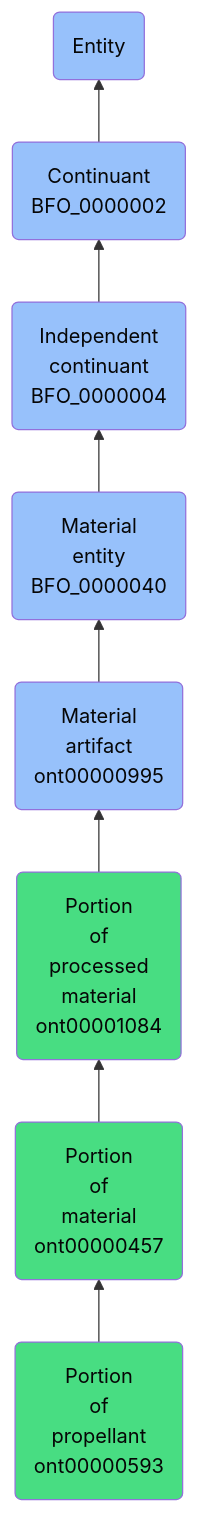
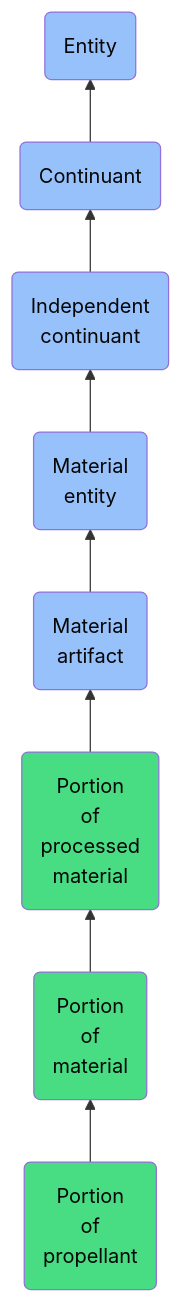
The diagram in docs/ontology/reference/model/Entity/Continuant/Independent continuant/Material entity/Material artifact/Portion of processed material/Portion of material/Portion of propellant/Portion of propellant.md (jupyter-naas/abi), drawn with Mermaid before and after one commit. The commit also changed other lines of this file and 1430 other files, not shown here.

````diff
--- a/docs/ontology/reference/model/Entity/Continuant/Independent continuant/Material entity/Material artifact/Portion of processed material/Portion of material/Portion of propellant/Portion of propellant.md
+++ b/docs/ontology/reference/model/Entity/Continuant/Independent continuant/Material entity/Material artifact/Portion of processed material/Portion of material/Portion of propellant/Portion of propellant.md
@@ -24,15 +24,15 @@
 ```mermaid
 graph BT
-    ont00000593(Portion<br>of<br>propellant<br>ont00000593):::ABI-->ont00000457
-    ont00000457(Portion<br>of<br>material<br>ont00000457):::ABI-->ont00001084
-    ont00001084(Portion<br>of<br>processed<br>material<br>ont00001084):::ABI-->ont00000995
-    ont00000995(Material<br>artifact<br>ont00000995):::BFO-->BFO_0000040
-    BFO_0000040(Material<br>entity<br>BFO_0000040):::BFO-->BFO_0000004
-    BFO_0000004(Independent<br>continuant<br>BFO_0000004):::BFO-->BFO_0000002
-    BFO_0000002(Continuant<br>BFO_0000002):::BFO-->BFO_0000001
+    ont00000593(Portion<br>of<br>propellant):::ABI-->ont00000457
+    ont00000457(Portion<br>of<br>material):::ABI-->ont00001084
+    ont00001084(Portion<br>of<br>processed<br>material):::ABI-->ont00000995
+    ont00000995(Material<br>artifact):::BFO-->BFO_0000040
+    BFO_0000040(Material<br>entity):::BFO-->BFO_0000004
+    BFO_0000004(Independent<br>continuant):::BFO-->BFO_0000002
+    BFO_0000002(Continuant):::BFO-->BFO_0000001
     BFO_0000001(Entity):::BFO
     
     classDef BFO fill:#97c1fb,color:#060606
     classDef CCO fill:#e4c51e,color:#060606
     classDef ABI fill:#48DD82,color:#060606
 ```
````
